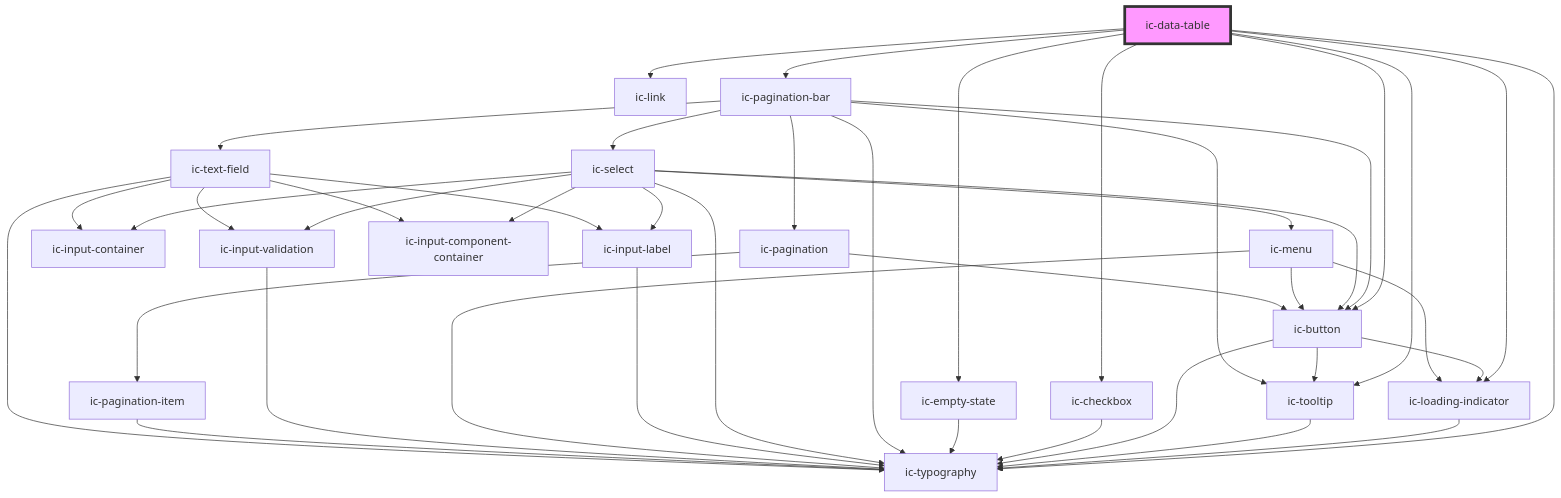
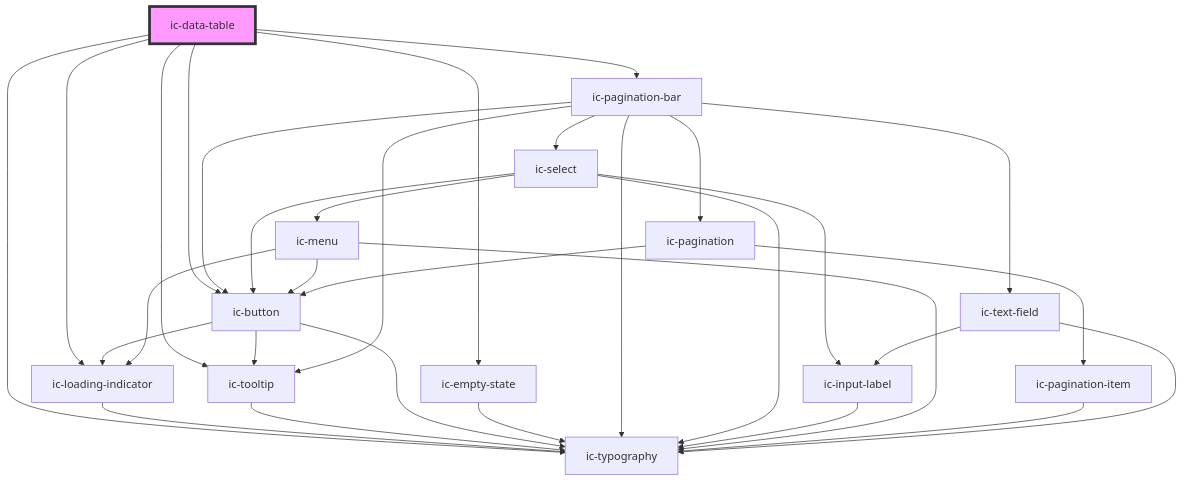
The diagram in packages/canary-web-components/src/components/ic-data-table/readme.md (mi6/ic-ui-kit), drawn with Mermaid before and after one commit. The commit also changed other lines of this file and 39 other files, not shown here.

````diff
--- a/packages/canary-web-components/src/components/ic-data-table/readme.md
+++ b/packages/canary-web-components/src/components/ic-data-table/readme.md
@@ -99,45 +97,35 @@
 ```mermaid
 graph TD;
   ic-data-table --> ic-loading-indicator
   ic-data-table --> ic-typography
-  ic-data-table --> ic-link
   ic-data-table --> ic-tooltip
   ic-data-table --> ic-button
-  ic-data-table --> ic-checkbox
   ic-data-table --> ic-empty-state
   ic-data-table --> ic-pagination-bar
   ic-loading-indicator --> ic-typography
   ic-tooltip --> ic-typography
   ic-button --> ic-typography
   ic-button --> ic-loading-indicator
   ic-button --> ic-tooltip
-  ic-checkbox --> ic-typography
   ic-empty-state --> ic-typography
   ic-pagination-bar --> ic-typography
   ic-pagination-bar --> ic-select
   ic-pagination-bar --> ic-pagination
   ic-pagination-bar --> ic-tooltip
   ic-pagination-bar --> ic-text-field
   ic-pagination-bar --> ic-button
-  ic-select --> ic-input-container
   ic-select --> ic-input-label
-  ic-select --> ic-input-component-container
   ic-select --> ic-typography
   ic-select --> ic-button
   ic-select --> ic-menu
-  ic-select --> ic-input-validation
   ic-input-label --> ic-typography
   ic-menu --> ic-loading-indicator
   ic-menu --> ic-typography
   ic-menu --> ic-button
-  ic-input-validation --> ic-typography
   ic-pagination --> ic-button
   ic-pagination --> ic-pagination-item
   ic-pagination-item --> ic-typography
-  ic-text-field --> ic-input-container
   ic-text-field --> ic-input-label
-  ic-text-field --> ic-input-component-container
-  ic-text-field --> ic-input-validation
   ic-text-field --> ic-typography
   style ic-data-table fill:#f9f,stroke:#333,stroke-width:4px
 ```
````
